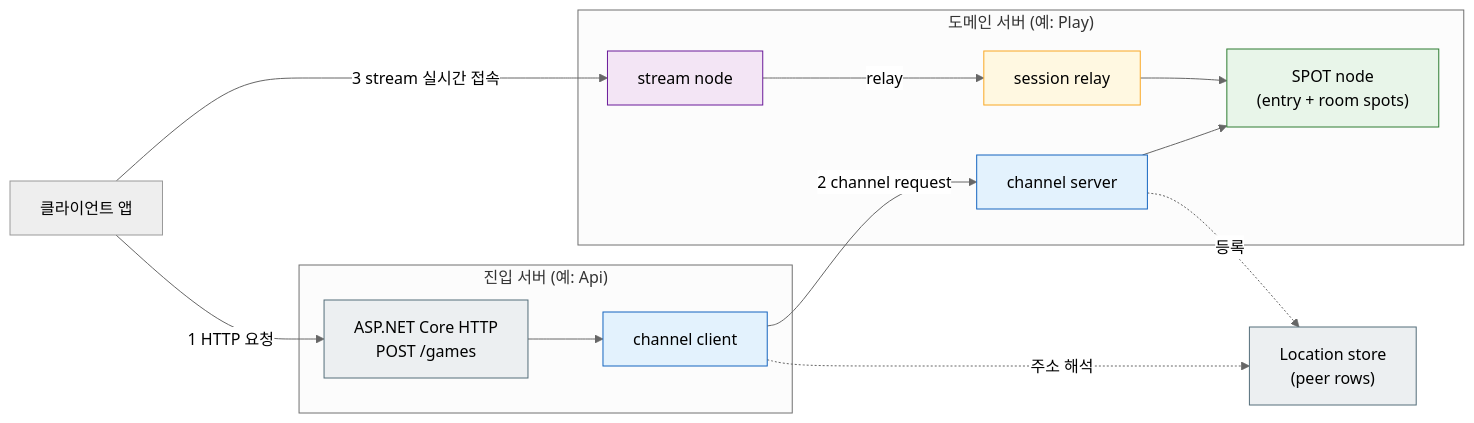
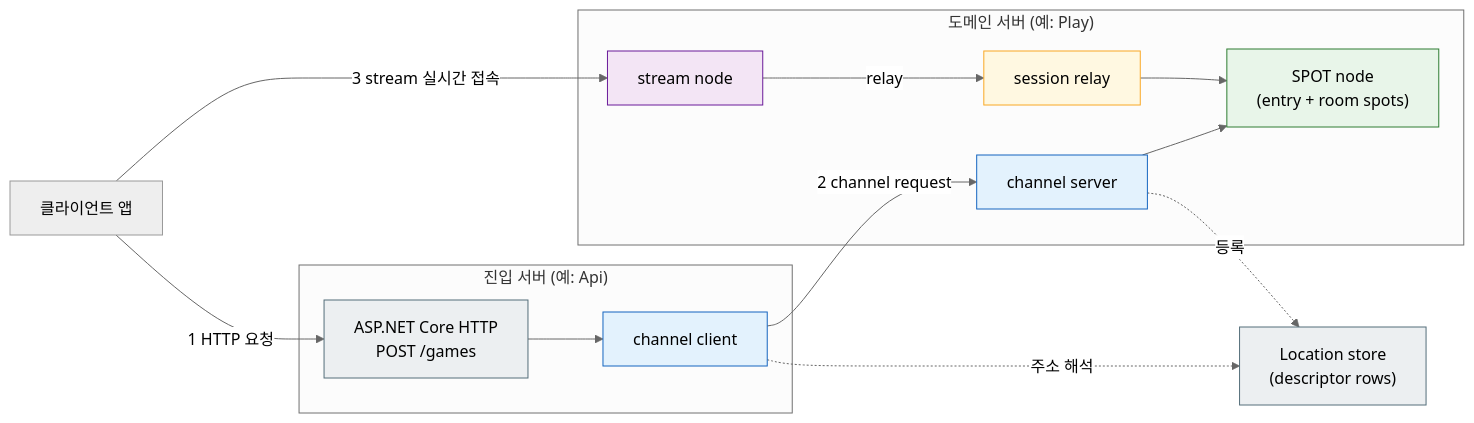
One commit to kairos-code-dev/zlink changed the eighth of 8 diagrams in framework/doc/framework/dotnet/guide/01-overview.ko.md. Above: the diagram before and after it, drawn with Mermaid (neutral theme). The commit also changed other lines of this file and 7 other files, not shown here.

````diff
--- a/framework/doc/framework/dotnet/guide/01-overview.ko.md
+++ b/framework/doc/framework/dotnet/guide/01-overview.ko.md
@@ -713,30 +713,30 @@
 ```mermaid
 flowchart LR
     Client["클라이언트 앱"]
     subgraph Api["진입 서버 (예: Api)"]
         HTTP["ASP.NET Core HTTP<br/>POST /games"]:::infra
         ApiC["channel client"]:::channel
     end
     subgraph Core["도메인 서버 (예: Play)"]
         CoreS["channel server"]:::channel
         SpotN["SPOT node<br/>(entry + room spots)"]:::spot
         StreamN["stream node"]:::stream
         ActorG["session relay"]:::actor
     end
-    Store["Location store<br/>(peer rows)"]:::infra
+    Store["Location store<br/>(descriptor rows)"]:::infra
 
     Client -- "1 HTTP 요청" --> HTTP
     HTTP --> ApiC
     ApiC -- "2 channel request" --> CoreS
     CoreS --> SpotN
     Client -- "3 stream 실시간 접속" --> StreamN
     StreamN -- "relay" --> ActorG --> SpotN
     ApiC -.->|"주소 해석"| Store
     CoreS -.->|등록| Store
 
     classDef channel fill:#e3f2fd,stroke:#1565c0,color:#000000
     classDef spot fill:#e8f5e9,stroke:#2e7d32,color:#000000
     classDef actor fill:#fff8e1,stroke:#f9a825,color:#000000
     classDef stream fill:#f3e5f5,stroke:#6a1b9a,color:#000000
     classDef infra fill:#eceff1,stroke:#546e7a,color:#000000
 ```
````
